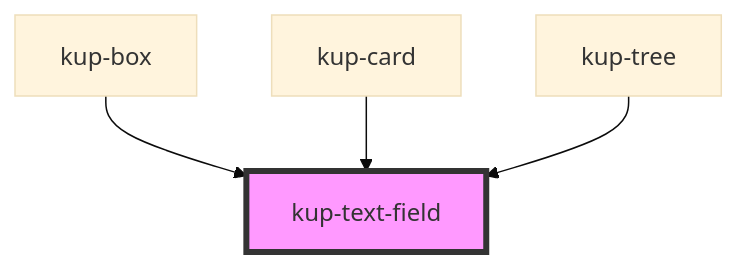
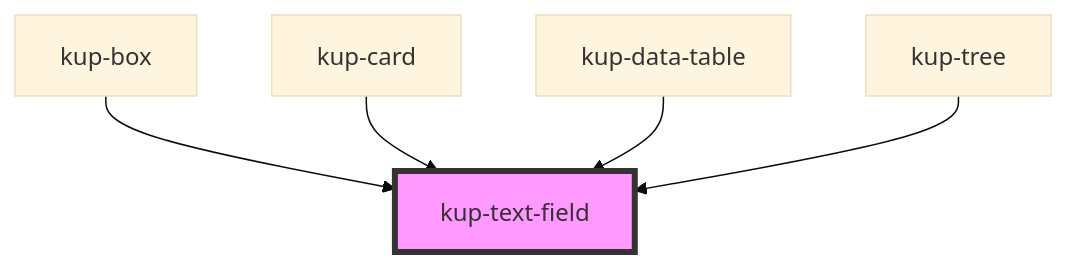
One commit to smeup/ketchup changed the diagram in packages/ketchup/src/components/kup-text-field/readme.md. Above: the diagram before and after it, drawn with Mermaid (base theme). The commit also changed other lines of this file and 5 other files, not shown here.

````diff
--- a/packages/ketchup/src/components/kup-text-field/readme.md
+++ b/packages/ketchup/src/components/kup-text-field/readme.md
@@ -137,7 +138,8 @@
 ```mermaid
 graph TD;
   kup-box --> kup-text-field
   kup-card --> kup-text-field
+  kup-data-table --> kup-text-field
   kup-tree --> kup-text-field
   style kup-text-field fill:#f9f,stroke:#333,stroke-width:4px
 ```
````
